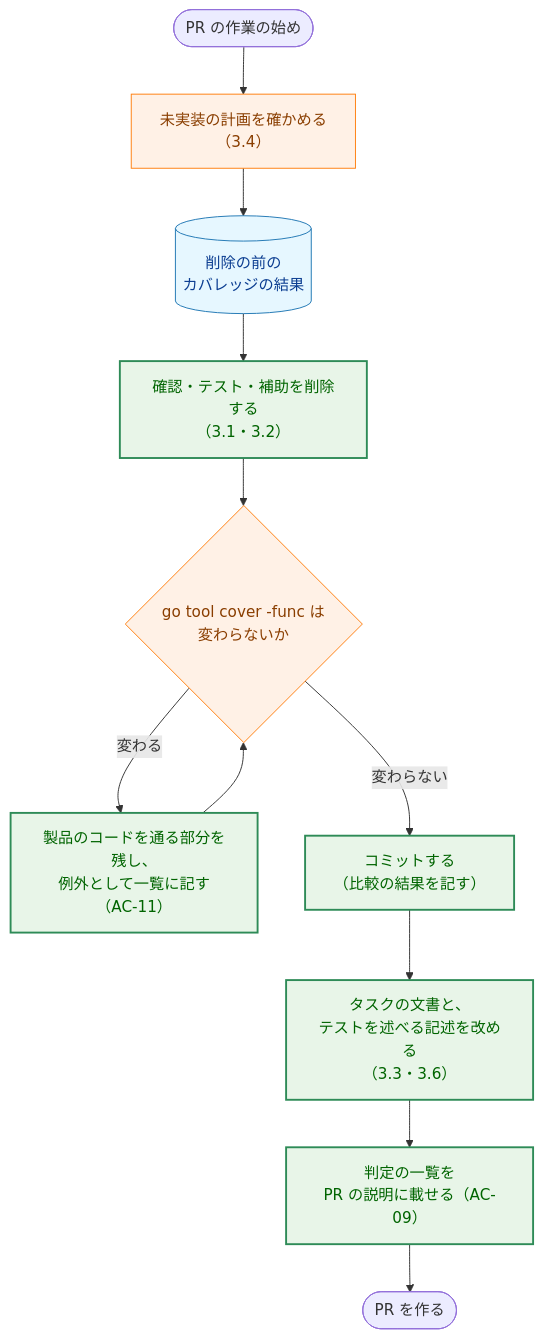
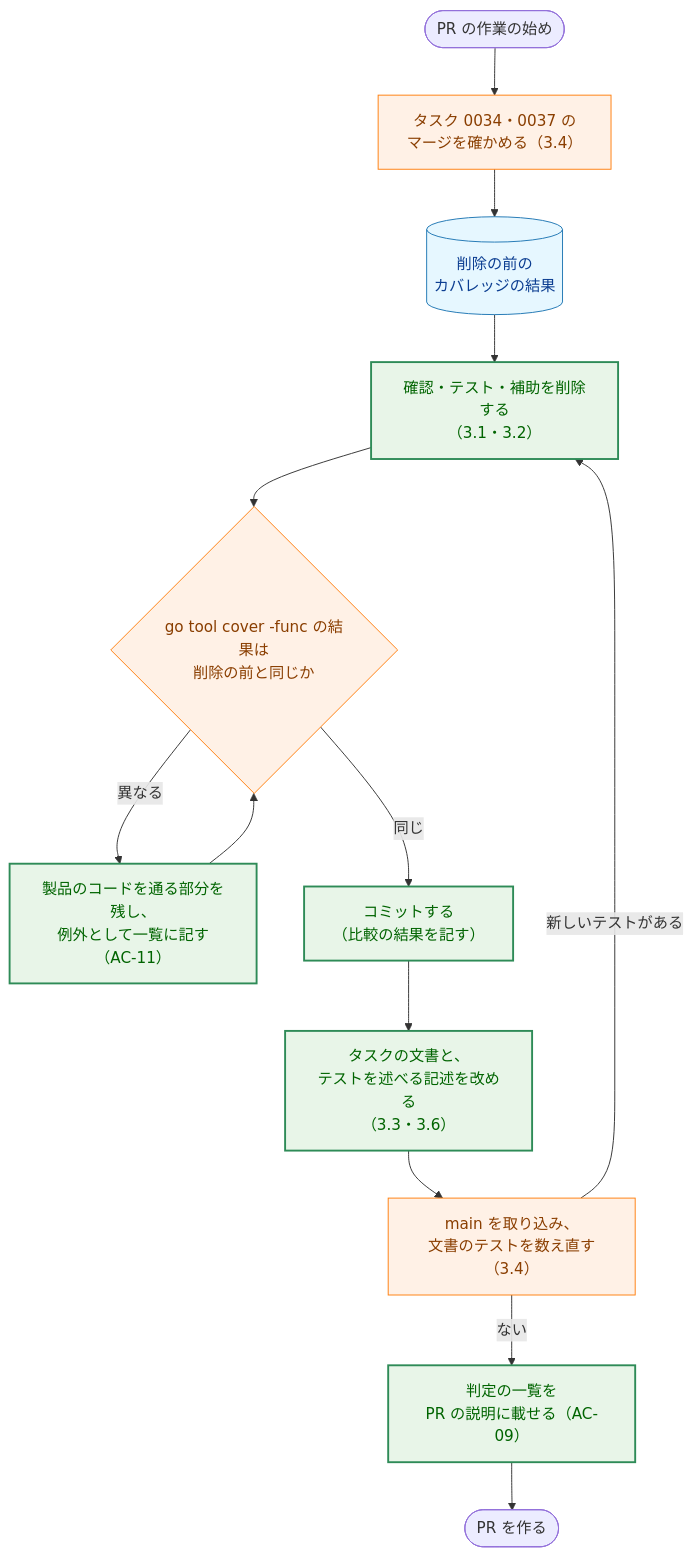
One commit to isseis/yt2column changed the ninth of 10 diagrams in docs/tasks/0038_doc_test_pruning/02_architecture.md. Above: the diagram before and after it, drawn with Mermaid. The commit also changed other lines of this file and 1 other file, not shown here.

First line of the commit message:
docs(0038): resolve the architecture review findings

````diff
--- a/docs/tasks/0038_doc_test_pruning/02_architecture.md
+++ b/docs/tasks/0038_doc_test_pruning/02_architecture.md
@@ -612,21 +678,23 @@
 ```mermaid
 flowchart TD
     classDef data fill:#e6f7ff,stroke:#1f77b4,stroke-width:1px,color:#0b3d91;
     classDef process fill:#fff1e6,stroke:#ff7f0e,stroke-width:1px,color:#8a3e00;
     classDef enhanced fill:#e8f5e8,stroke:#2e8b57,stroke-width:2px,color:#006400;
 
-    S(["PR の作業の始め"]) --> F6["未実装の計画を確かめる<br>（3.4）"]
+    S(["PR の作業の始め"]) --> F6["タスク 0034・0037 の<br>マージを確かめる（3.4）"]
     F6 --> BASE[("削除の前の<br>カバレッジの結果")]
     BASE --> DEL["確認・テスト・補助を削除する<br>（3.1・3.2）"]
-    DEL --> CMP{"go tool cover -func は<br>変わらないか"}
-    CMP -->|"変わる"| KEEP["製品のコードを通る部分を残し、<br>例外として一覧に記す（AC-11）"]
+    DEL --> CMP{"go tool cover -func の結果は<br>削除の前と同じか"}
+    CMP -->|"異なる"| KEEP["製品のコードを通る部分を残し、<br>例外として一覧に記す（AC-11）"]
     KEEP --> CMP
-    CMP -->|"変わらない"| COMMIT["コミットする<br>（比較の結果を記す）"]
+    CMP -->|"同じ"| COMMIT["コミットする<br>（比較の結果を記す）"]
     COMMIT --> DOCS["タスクの文書と、<br>テストを述べる記述を改める<br>（3.3・3.6）"]
-    DOCS --> LIST["判定の一覧を<br>PR の説明に載せる（AC-09）"]
+    DOCS --> SYNC["main を取り込み、<br>文書のテストを数え直す（3.4）"]
+    SYNC -->|"新しいテストがある"| DEL
+    SYNC -->|"ない"| LIST["判定の一覧を<br>PR の説明に載せる（AC-09）"]
     LIST --> E(["PR を作る"])
 
     class BASE data
-    class F6,CMP process
+    class F6,CMP,SYNC process
     class DEL,KEEP,COMMIT,DOCS,LIST enhanced
 ```
````
